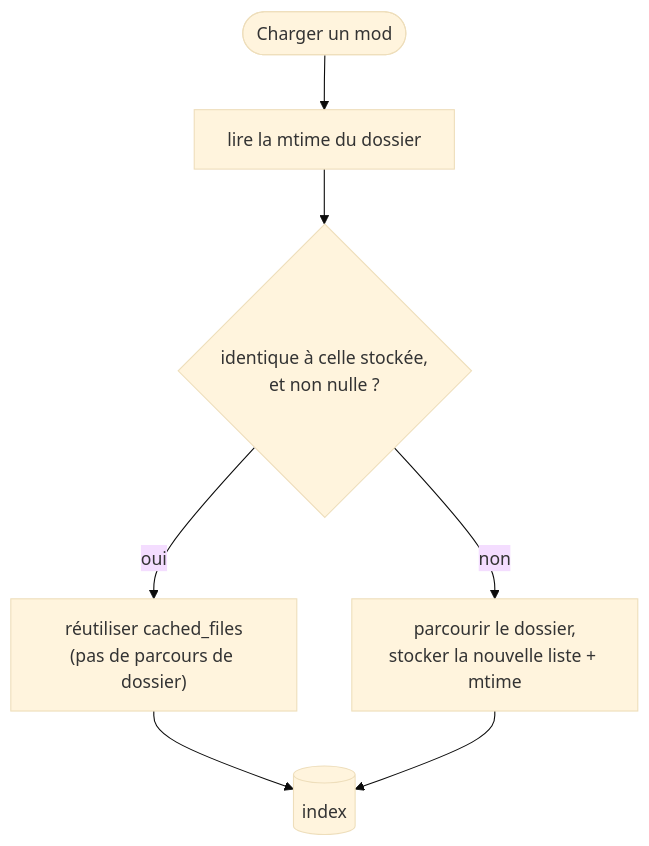
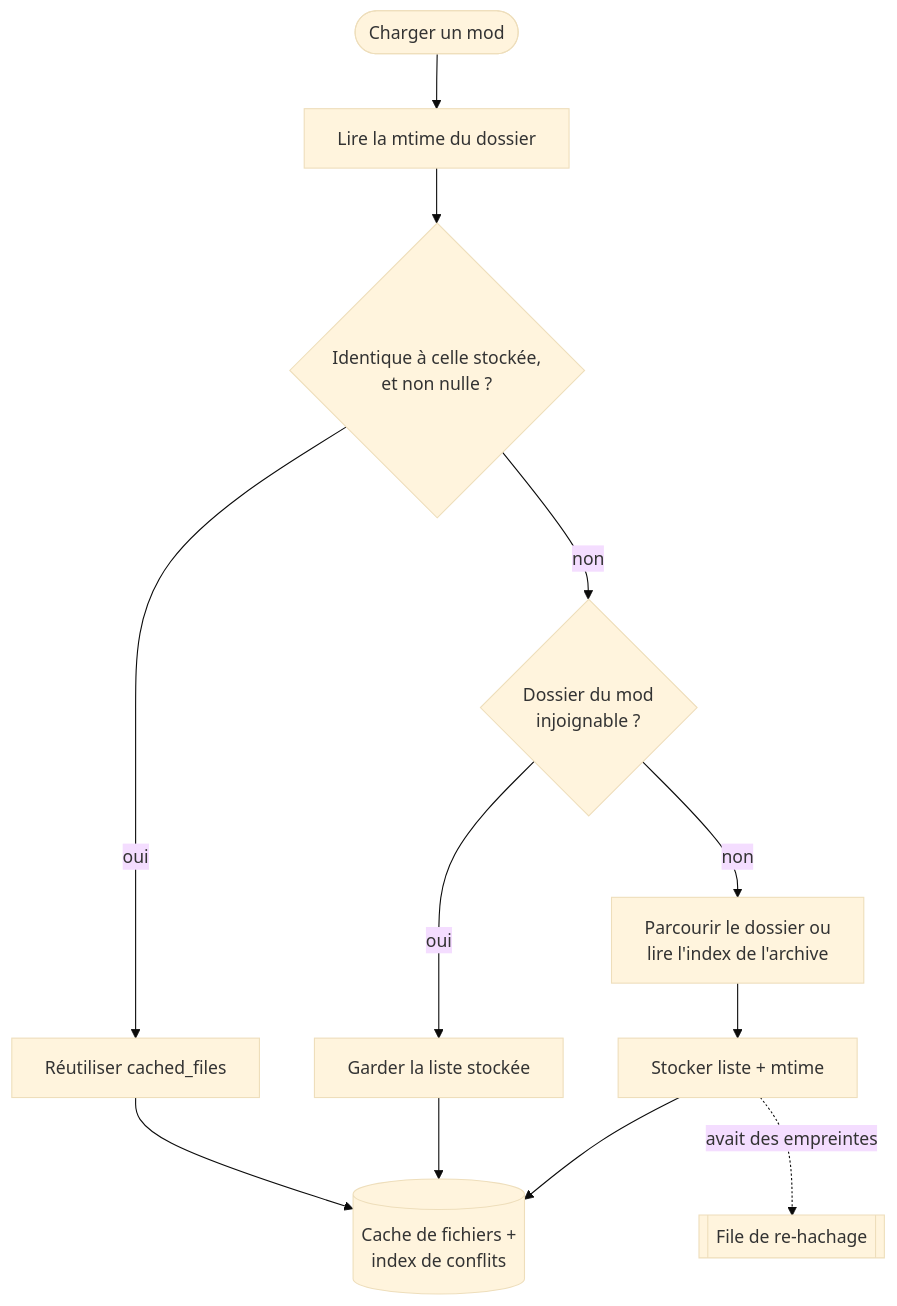
One commit to FreeProject089/BetterModsManager changed the diagram in frontend/assets/docs/fr/how-it-works/scanning-cache.md. Above: the diagram before and after it, drawn with Mermaid (base theme). The commit also changed other lines of this file and 176 other files, not shown here.

````diff
--- a/frontend/assets/docs/fr/how-it-works/scanning-cache.md
+++ b/frontend/assets/docs/fr/how-it-works/scanning-cache.md
@@ -29,9 +29,14 @@
 ```mermaid
-flowchart TB
-    START([Charger un mod]) --> META["lire la mtime du dossier"]
-    META --> CMP{"identique à celle stockée,<br/>et non nulle ?"}
-    CMP -- oui --> REUSE["réutiliser cached_files<br/>(pas de parcours de dossier)"]
-    CMP -- non --> WALK["parcourir le dossier,<br/>stocker la nouvelle liste + mtime"]
-    REUSE --> IDX[(index)]
-    WALK --> IDX
+flowchart TD
+    START(["Charger un mod"]) --> META["Lire la mtime du dossier"]
+    META --> CMP{"Identique à celle stockée,<br/>et non nulle ?"}
+    CMP -- "oui" --> REUSE["Réutiliser cached_files"]
+    CMP -- "non" --> GONE{"Dossier du mod<br/>injoignable ?"}
+    GONE -- "oui" --> KEEP["Garder la liste stockée"]
+    GONE -- "non" --> LIST["Parcourir le dossier ou<br/>lire l'index de l'archive"]
+    LIST --> STORE["Stocker liste + mtime"]
+    STORE -. "avait des empreintes" .-> SHA[["File de re-hachage"]]
+    REUSE --> IDX[("Cache de fichiers +<br/>index de conflits")]
+    KEEP --> IDX
+    STORE --> IDX
 ```
````
